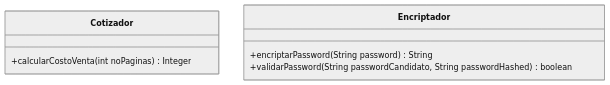
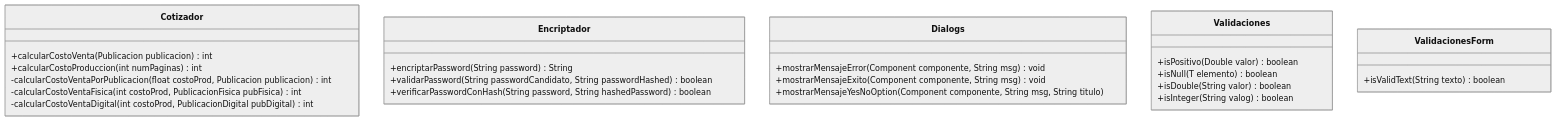
Before and after one commit to SilverFlin/U3_PruebasSoftware: the diagram in 02_Design/ClassDiagrams/utils.md, drawn with Mermaid (neutral theme).

Commit message:
docs: actualizar utils

````diff
--- a/02_Design/ClassDiagrams/utils.md
+++ b/02_Design/ClassDiagrams/utils.md
@@ -3,12 +3,33 @@
 ```mermaid
 classDiagram
 
 class Cotizador{
-    +calcularCostoVenta(int noPaginas) Integer
+    +calcularCostoVenta(Publicacion publicacion) int
+    +calcularCostoProduccion(int numPaginas) int
+    -calcularCostoVentaPorPublicacion(float costoProd, Publicacion publicacion) int
+    -calcularCostoVentaFisica(int costoProd, PublicacionFisica pubFisica) int
+    -calcularCostoVentaDigital(int costoProd, PublicacionDigital pubDigital) int
 }
 
 class Encriptador{
     +encriptarPassword(String password) String
     +validarPassword(String passwordCandidato, String passwordHashed) boolean
+    +verificarPasswordConHash(String password, String hashedPassword) boolean
+}
+
+class Dialogs{
+    +mostrarMensajeError(Component componente, String msg) void
+    +mostrarMensajeExito(Component componente, String msg) void
+    +mostrarMensajeYesNoOption(Component componente, String msg, String titulo)
+}
+class Validaciones{
+    +isPositivo(Double valor) boolean
+    +isNull(T elemento) boolean
+    +isDouble(String valor) boolean
+    +isInteger(String valog) boolean
+}
+
+class ValidacionesForm {
+    +isValidText(String texto) boolean
 }
 ```
````
